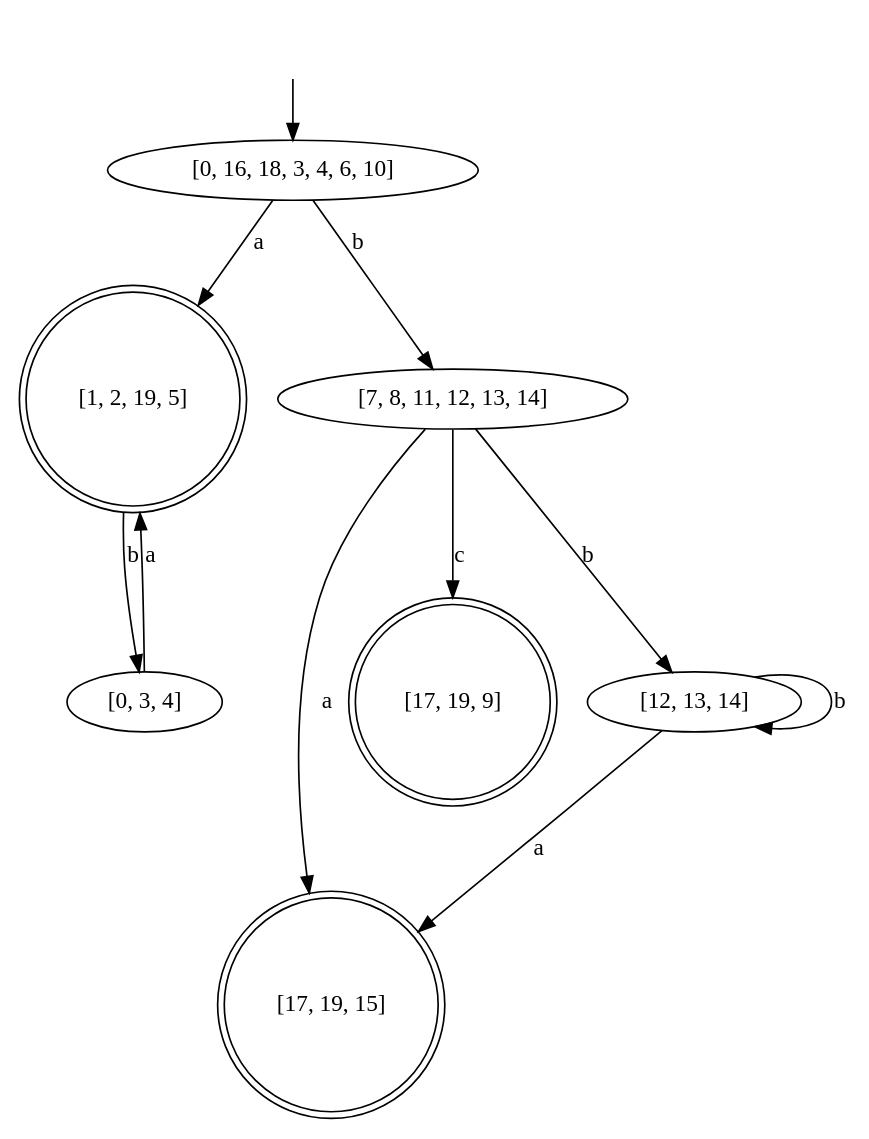
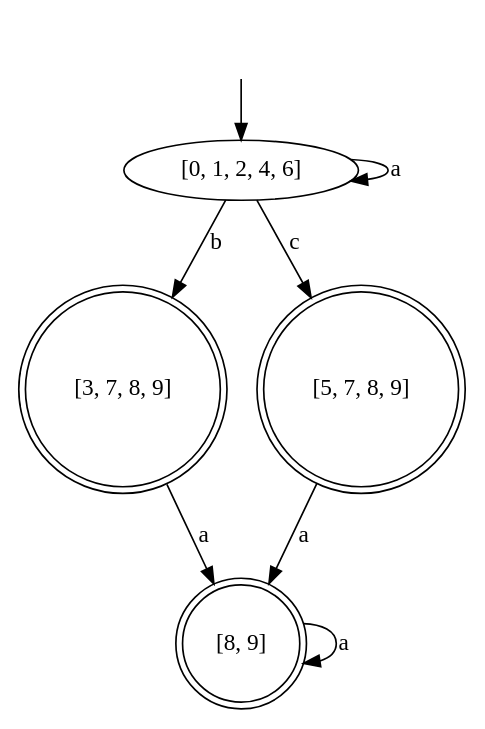
Before and after one commit to c-ostic/Grepy: the diagram in testFiles/dfa.dot, drawn with Graphviz. The commit also changed 3 other files, not shown here.

```diff
--- a/testFiles/dfa.dot
+++ b/testFiles/dfa.dot
@@ -1,24 +1,18 @@
 digraph dfa {
 	1 [shape=doublecircle];
-	4 [shape=doublecircle];
-	6 [shape=doublecircle];
+	2 [shape=doublecircle];
+	3 [shape=doublecircle];
 	start [label="",shape=none];
 	start -> 0;
 
-	0 [label="[0, 16, 18, 3, 4, 6, 10]"];
-	1 [label="[1, 2, 19, 5]"];
-	2 [label="[7, 8, 11, 12, 13, 14]"];
-	3 [label="[0, 3, 4]"];
-	4 [label="[17, 19, 15]"];
-	5 [label="[12, 13, 14]"];
-	6 [label="[17, 19, 9]"];
-	0 -> 1 [label=a];
-	0 -> 2 [label=b];
-	1 -> 3 [label=b];
-	2 -> 4 [label=a];
-	3 -> 1 [label=a];
-	2 -> 5 [label=b];
-	5 -> 4 [label=a];
-	2 -> 6 [label=c];
-	5 -> 5 [label=b];
+	0 [label="[0, 1, 2, 4, 6]"];
+	1 [label="[3, 7, 8, 9]"];
+	2 [label="[5, 7, 8, 9]"];
+	3 [label="[8, 9]"];
+	0 -> 0 [label=a];
+	0 -> 1 [label=b];
+	0 -> 2 [label=c];
+	1 -> 3 [label=a];
+	2 -> 3 [label=a];
+	3 -> 3 [label=a];
 }
```
